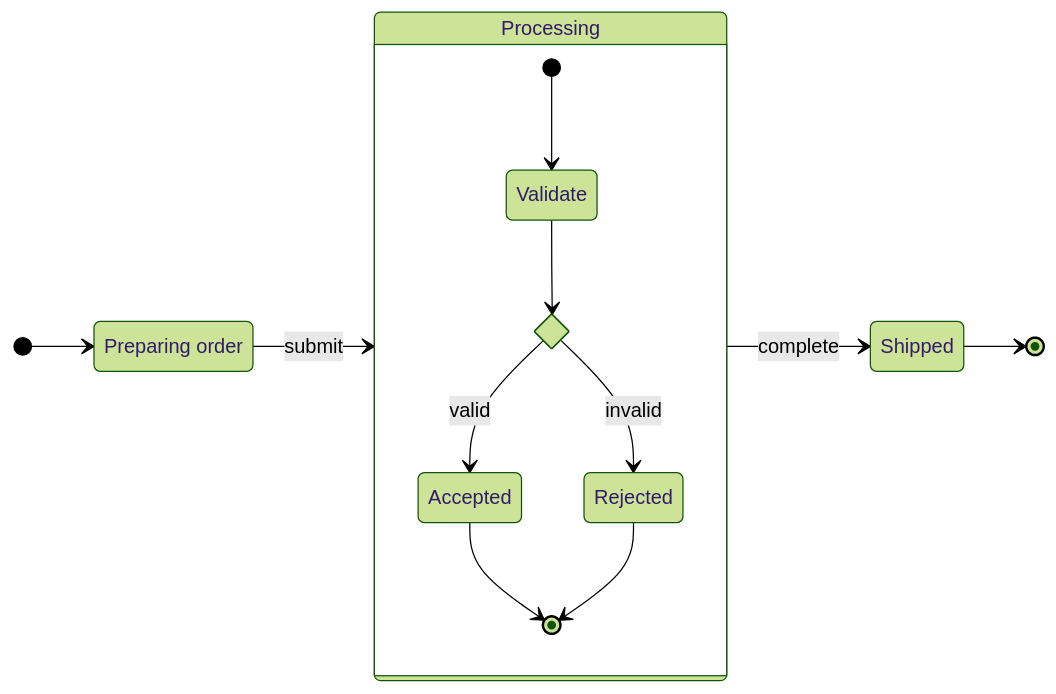
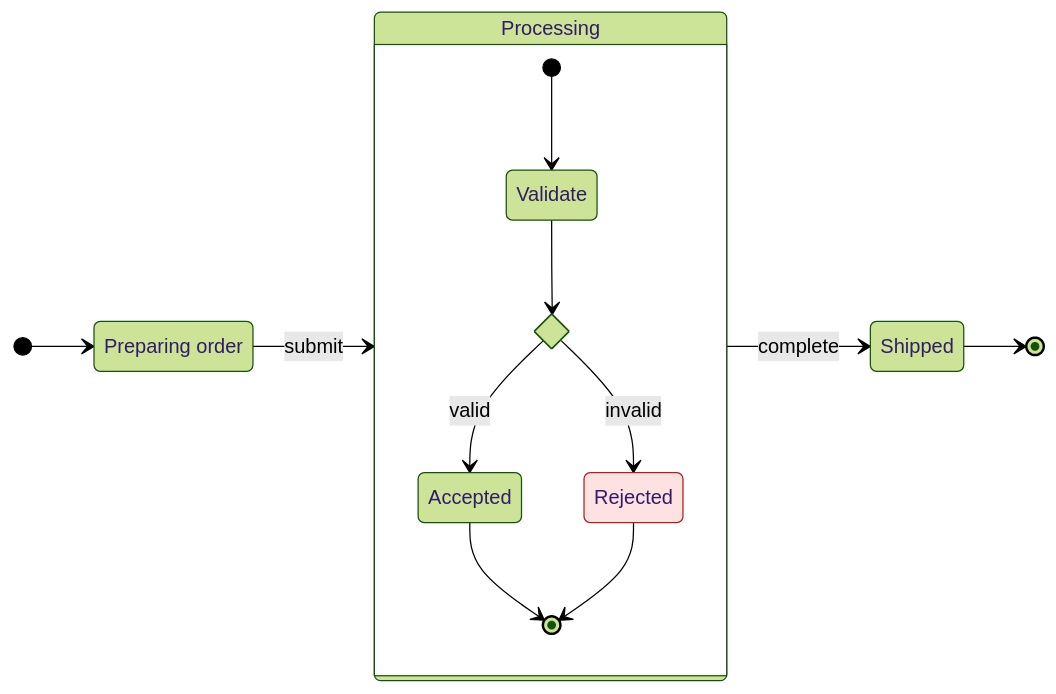
The diagram in examples/mermaid/states.mmd (reardan/w), drawn with Mermaid (forest theme) before and after one commit. The commit also changed 12 other files, not shown here.

First line of the commit message:
Mermaid: styling parity fixtures, example styles and styling docs

```diff
--- a/examples/mermaid/states.mmd
+++ b/examples/mermaid/states.mmd
@@ -1,17 +1,21 @@
 stateDiagram-v2
     direction LR
     [*] --> Draft
     state "Preparing order" as Draft
     Draft --> Processing : submit
     state Processing {
         direction TB
         [*] --> Validate
         state Decision <<choice>>
         Validate --> Decision
         Decision --> Accepted : valid
         Decision --> Rejected : invalid
         Accepted --> [*]
         Rejected --> [*]
     }
     Processing --> Shipped : complete
     Shipped --> [*]
+    classDef terminal fill:#fee2e2,stroke:#b91c1c
+    class Rejected terminal
+    Shipped:::done
+    classDef done fill:#dcfce7,stroke:#15803d,font-weight:bold
```
